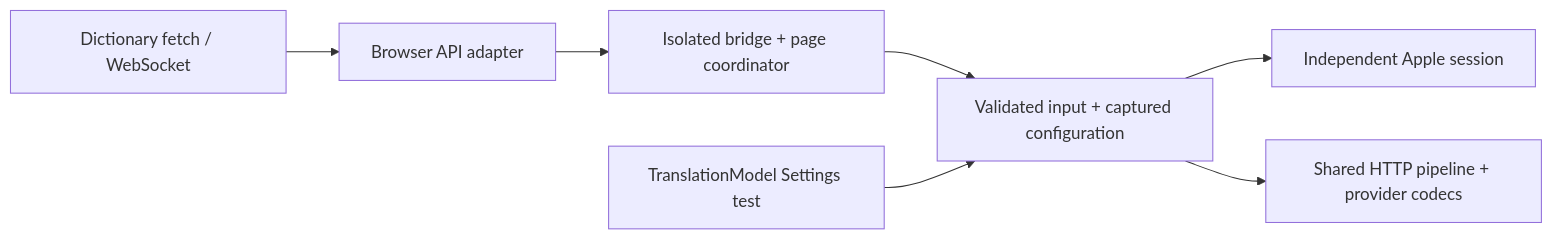
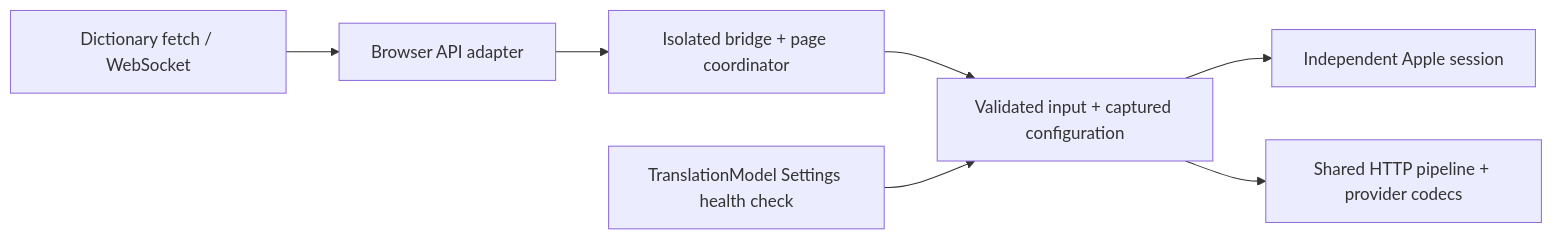
One commit to yichenzhu1/lexicon changed the second of 2 diagrams in README.md. Above: the diagram before and after it, drawn with Mermaid. The commit also changed other lines of this file and 17 other files, not shown here.

````diff
--- a/README.md
+++ b/README.md
@@ -497,9 +515,9 @@
 ```mermaid
 flowchart LR
     Dictionary["Dictionary fetch / WebSocket"] --> Adapter["Browser API adapter"]
     Adapter --> Bridge["Isolated bridge + page coordinator"]
     Bridge --> Request["Validated input + captured configuration"]
-    Settings["TranslationModel Settings test"] --> Request
+    Settings["TranslationModel Settings health check"] --> Request
     Request --> Apple["Independent Apple session"]
     Request --> Cloud["Shared HTTP pipeline + provider codecs"]
 ```
````
